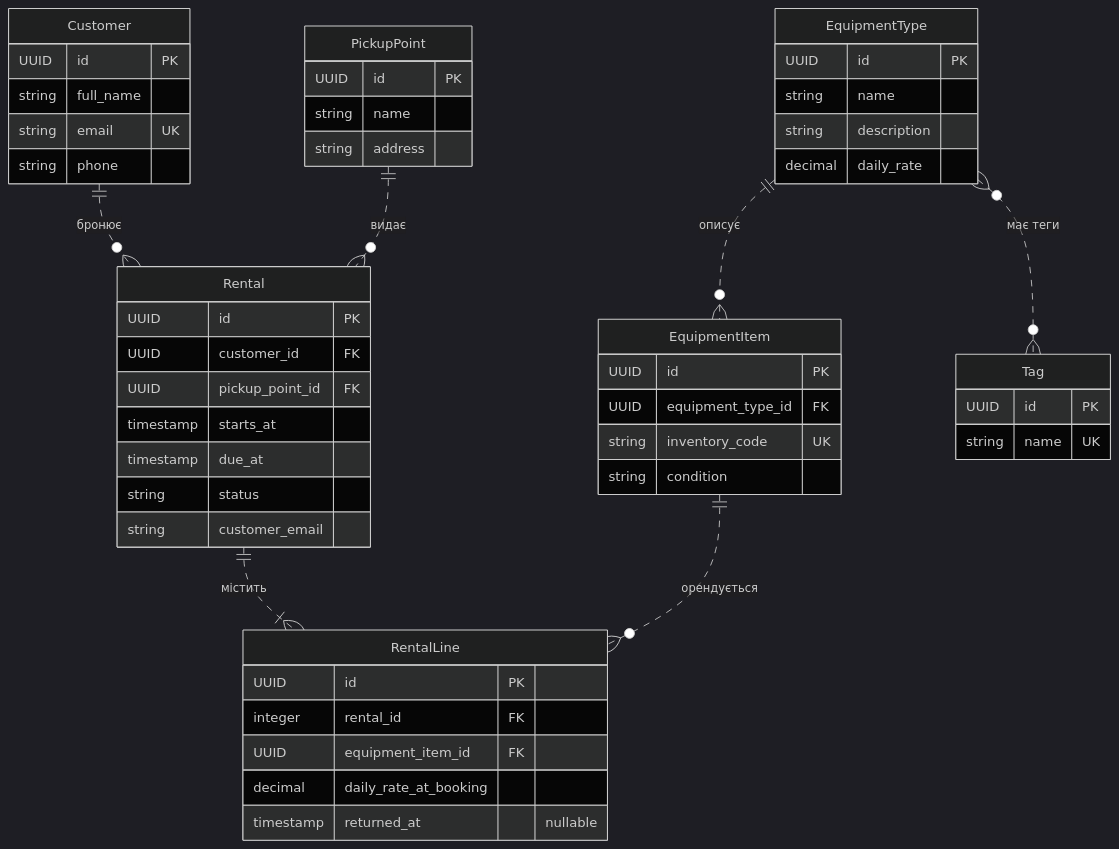
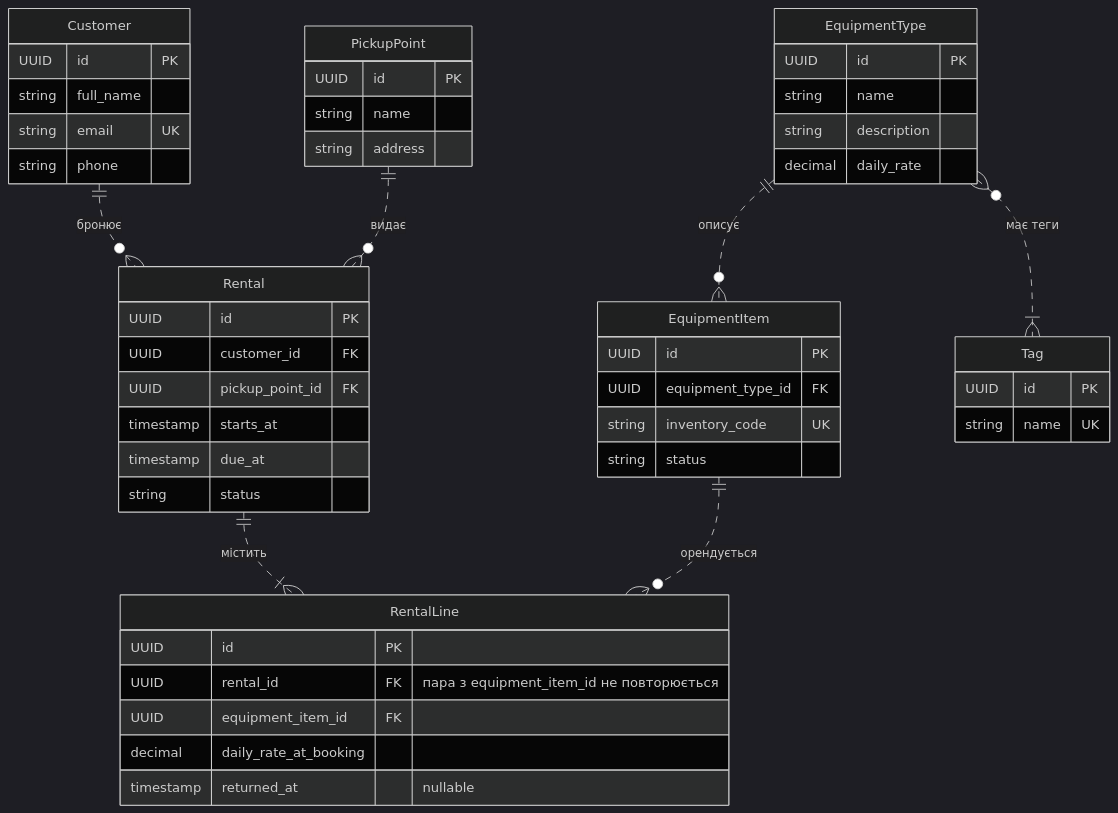
Before and after one commit to kirgafan/KPI_labs: the diagram in Labs/lab-1/model.mmd, drawn with Mermaid (dark theme). The commit also changed 1 other file, not shown here.

Commit message:
refactor(lab-1): regenerate corrected model and render diagram

```diff
--- a/Labs/lab-1/model.mmd
+++ b/Labs/lab-1/model.mmd
@@ -1,52 +1,51 @@
-%% Початкова версія ER-моделі.
+%% ER-модель прокату туристичного спорядження.
 erDiagram
     Customer ||..o{ Rental : "бронює"
     PickupPoint ||..o{ Rental : "видає"
     EquipmentType ||..o{ EquipmentItem : "описує"
     Rental ||..|{ RentalLine : "містить"
     EquipmentItem ||..o{ RentalLine : "орендується"
-    EquipmentType }o..o{ Tag : "має теги"
+    EquipmentType }o..|{ Tag : "має теги"
 
     Customer {
         UUID id PK
         string full_name
         string email UK
         string phone
     }
     PickupPoint {
         UUID id PK
         string name
         string address
     }
     EquipmentType {
         UUID id PK
         string name
         string description
         decimal daily_rate
     }
     EquipmentItem {
         UUID id PK
         UUID equipment_type_id FK
         string inventory_code UK
-        string condition
+        string status
     }
     Tag {
         UUID id PK
         string name UK
     }
     Rental {
         UUID id PK
         UUID customer_id FK
         UUID pickup_point_id FK
         timestamp starts_at
         timestamp due_at
         string status
-        string customer_email
     }
     RentalLine {
         UUID id PK
-        integer rental_id FK
+        UUID rental_id FK "пара з equipment_item_id не повторюється"
         UUID equipment_item_id FK
         decimal daily_rate_at_booking
         timestamp returned_at "nullable"
     }
```
